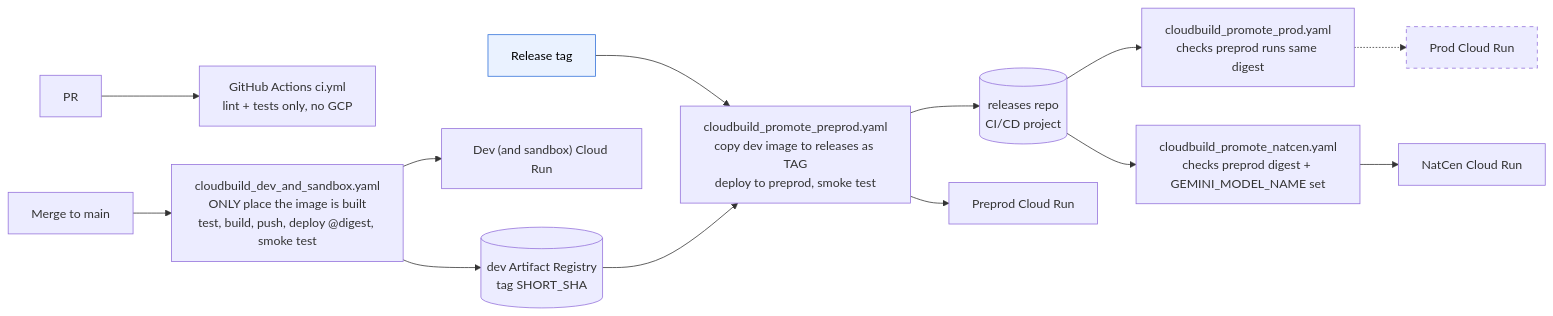
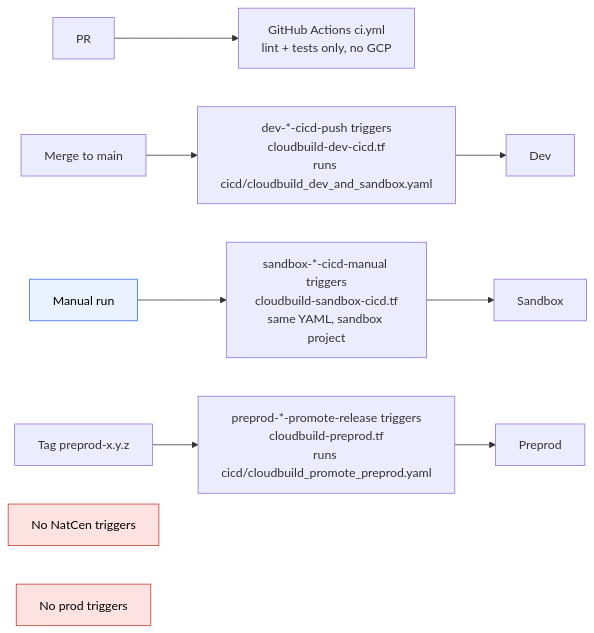
The fourth of 7 diagrams in my-notes/survey-assist-diagrams.md (joebadmus/gpt-clone), drawn with Mermaid before and after one commit. The commit also changed other lines of this file, not shown here.

````diff
--- a/my-notes/survey-assist-diagrams.md
+++ b/my-notes/survey-assist-diagrams.md
@@ -116,20 +198,19 @@
 ```mermaid
 flowchart LR
+    classDef todo fill:#fde2e2,stroke:#c0392b,color:#000
     classDef manual fill:#eaf2ff,stroke:#2e6fd9,color:#000
-    classDef unknown stroke-dasharray: 5 5
 
     PR["PR"] --> GHA["GitHub Actions ci.yml<br/>lint + tests only, no GCP"]
-    MERGE["Merge to main"] --> B["cloudbuild_dev_and_sandbox.yaml<br/>ONLY place the image is built<br/>test, build, push, deploy @digest, smoke test"]
-    B --> DEVAR[("dev Artifact Registry<br/>tag SHORT_SHA")]
-    B --> DEVCR["Dev (and sandbox) Cloud Run"]
 
-    TAG["Release tag"]:::manual --> PP["cloudbuild_promote_preprod.yaml<br/>copy dev image to releases as TAG<br/>deploy to preprod, smoke test"]
-    DEVAR --> PP
-    PP --> RELAR[("releases repo<br/>CI/CD project")]
-    PP --> PPCR["Preprod Cloud Run"]
+    MERGE["Merge to main"] --> DEVT["dev-*-cicd-push triggers<br/>cloudbuild-dev-cicd.tf<br/>runs cicd/cloudbuild_dev_and_sandbox.yaml"]
+    DEVT --> DEV["Dev"]
 
-    RELAR --> PROD["cloudbuild_promote_prod.yaml<br/>checks preprod runs same digest"]
-    RELAR --> NATP["cloudbuild_promote_natcen.yaml<br/>checks preprod digest + GEMINI_MODEL_NAME set"]
-    PROD -.-> PRODCR["Prod Cloud Run"]:::unknown
-    NATP --> NATCR["NatCen Cloud Run"]
+    MAN["Manual run"]:::manual --> SBXT["sandbox-*-cicd-manual triggers<br/>cloudbuild-sandbox-cicd.tf<br/>same YAML, sandbox project"]
+    SBXT --> SBX["Sandbox"]
+
+    TAG["Tag preprod-x.y.z"] --> PPT["preprod-*-promote-release triggers<br/>cloudbuild-preprod.tf<br/>runs cicd/cloudbuild_promote_preprod.yaml"]
+    PPT --> PPR["Preprod"]
+
+    NATT["No NatCen triggers"]:::todo
+    PRDT["No prod triggers"]:::todo
 ```
````
